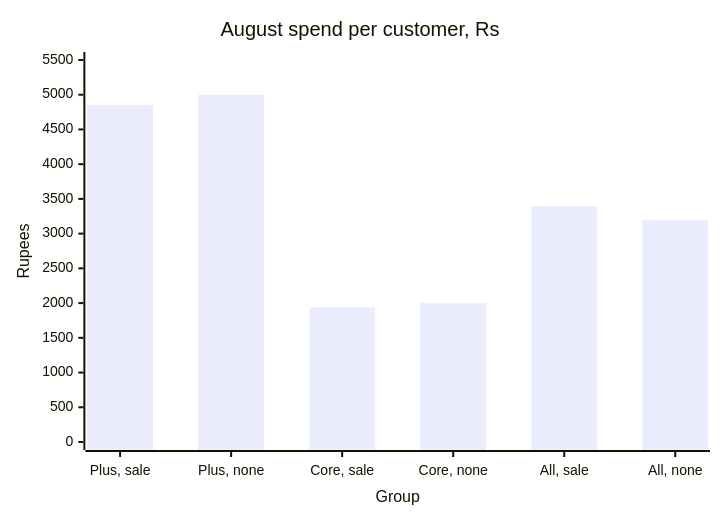
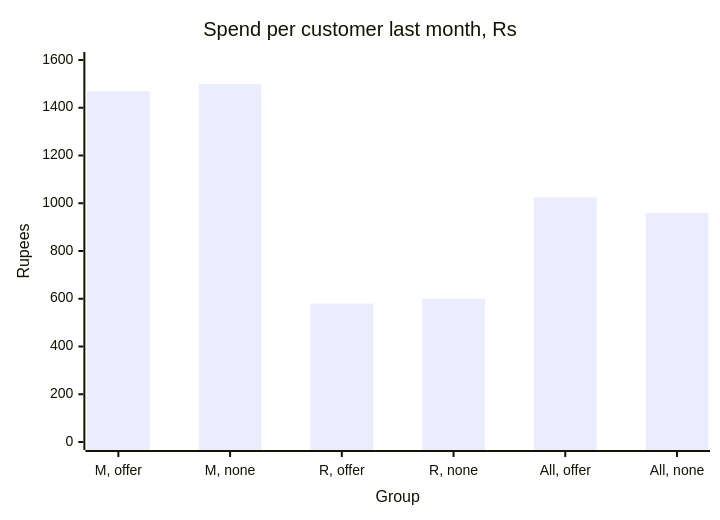
The fifth of 6 diagrams in content/W01/SAT/paper/C2_W01_SAT_recap_paper_STUDENT.md (fde-academy-lab/c2-content-factory), drawn with Mermaid before and after one commit. The commit also changed other lines of this file and 7 other files, not shown here.

````diff
--- a/content/W01/SAT/paper/C2_W01_SAT_recap_paper_STUDENT.md
+++ b/content/W01/SAT/paper/C2_W01_SAT_recap_paper_STUDENT.md
@@ -384,7 +543,7 @@
 ```mermaid
 xychart-beta
-  title "August spend per customer, Rs"
-  x-axis "Group" ["Plus, sale", "Plus, none", "Core, sale", "Core, none", "All, sale", "All, none"]
-  y-axis "Rupees" 0 --> 5500
-  bar [4850, 5000, 1940, 2000, 3395, 3200]
+  title "Spend per customer last month, Rs"
+  x-axis "Group" ["M, offer", "M, none", "R, offer", "R, none", "All, offer", "All, none"]
+  y-axis "Rupees" 0 --> 1600
+  bar [1470, 1500, 580, 600, 1025, 960]
 ```
````
